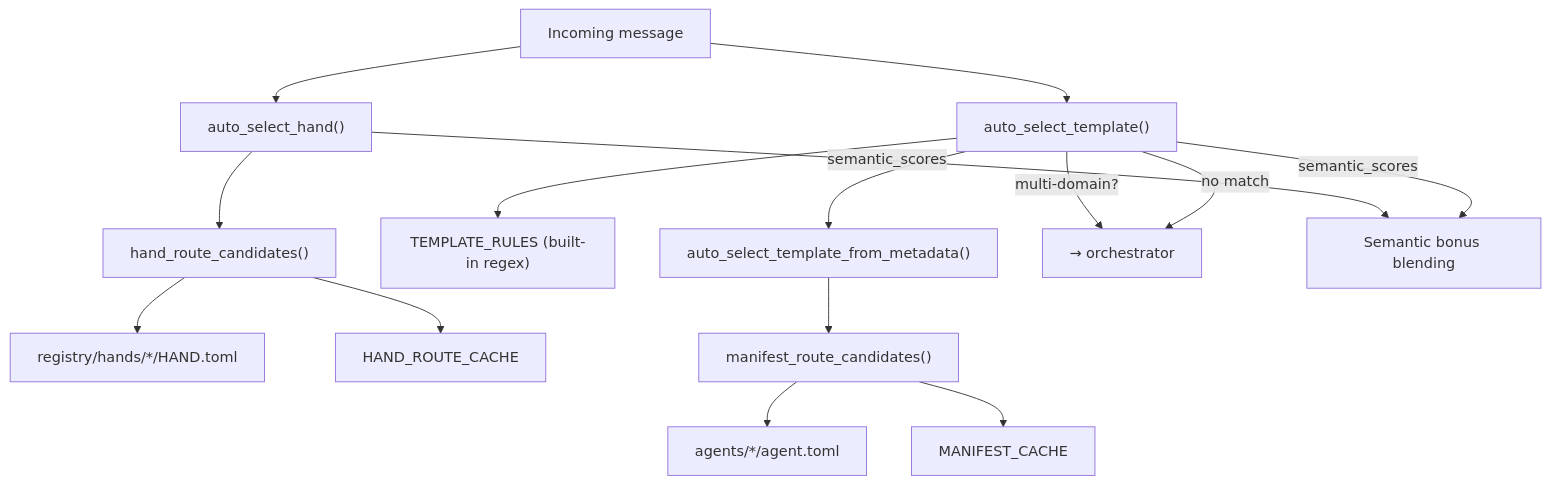
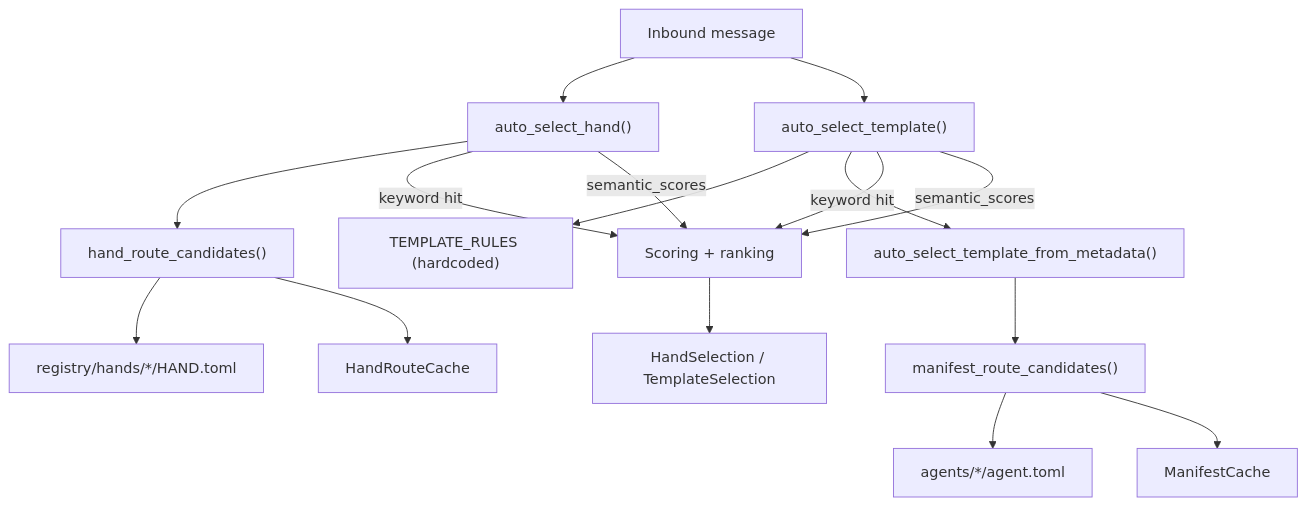
One commit to leszek3737/librefang-WIki changed the diagram in kernel-core-librefang-kernel-router-src.md. Above: the diagram before and after it, drawn with Mermaid. The commit also changed other lines of this file and 70 other files, not shown here.

````diff
--- a/kernel-core-librefang-kernel-router-src.md
+++ b/kernel-core-librefang-kernel-router-src.md
@@ -9,21 +9,22 @@
 ```mermaid
 flowchart TD
-    MSG["Incoming message"] --> HAND["auto_select_hand()"]
+    MSG["Inbound message"] --> HAND["auto_select_hand()"]
     MSG --> TPL["auto_select_template()"]
 
     HAND --> HRC["hand_route_candidates()"]
-    HRC --> HDD["registry/hands/*/HAND.toml"]
-    HRC --> CACHE_H["HAND_ROUTE_CACHE"]
+    HRC --> HANDS_DIR["registry/hands/*/HAND.toml"]
+    HRC --> H_CACHE["HandRouteCache"]
 
-    TPL --> RULES["TEMPLATE_RULES (built-in regex)"]
+    TPL --> RULES["TEMPLATE_RULES (hardcoded)"]
     TPL --> META["auto_select_template_from_metadata()"]
     META --> MRC["manifest_route_candidates()"]
-    MRC --> AGENTS["agents/*/agent.toml"]
-    MRC --> CACHE_M["MANIFEST_CACHE"]
+    MRC --> AGENTS_DIR["agents/*/agent.toml"]
+    MRC --> M_CACHE["ManifestCache"]
 
-    TPL -->|"multi-domain?"| ORCH["→ orchestrator"]
-    TPL -->|"no match"| ORCH
+    HAND -->|keyword hit| SCORE["Scoring + ranking"]
+    TPL -->|keyword hit| SCORE
+    HAND -->|semantic_scores| SCORE
+    TPL -->|semantic_scores| SCORE
 
-    HAND -->|"semantic_scores"| SEM["Semantic bonus blending"]
-    TPL -->|"semantic_scores"| SEM
+    SCORE --> RESULT["HandSelection / TemplateSelection"]
 ```
````
